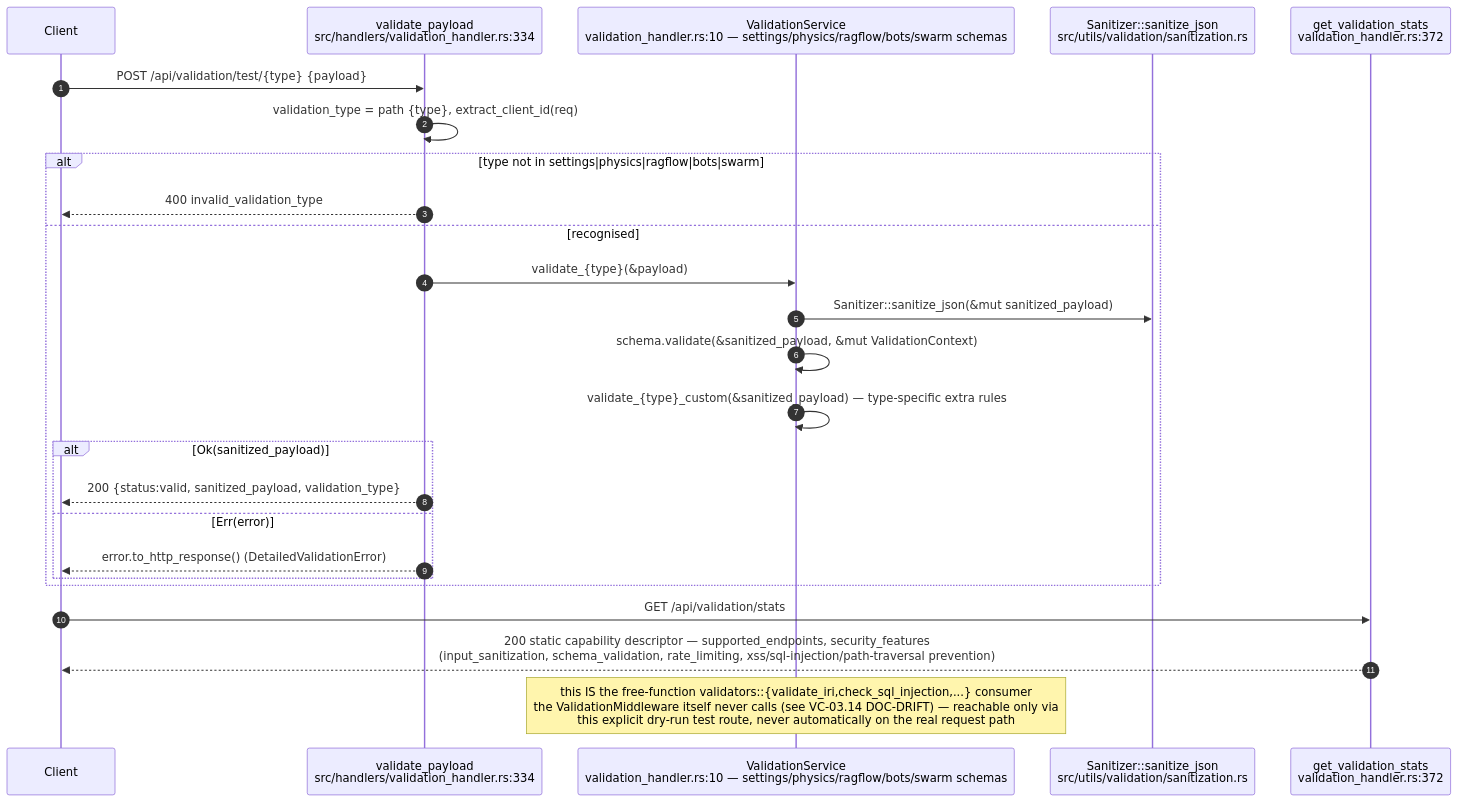
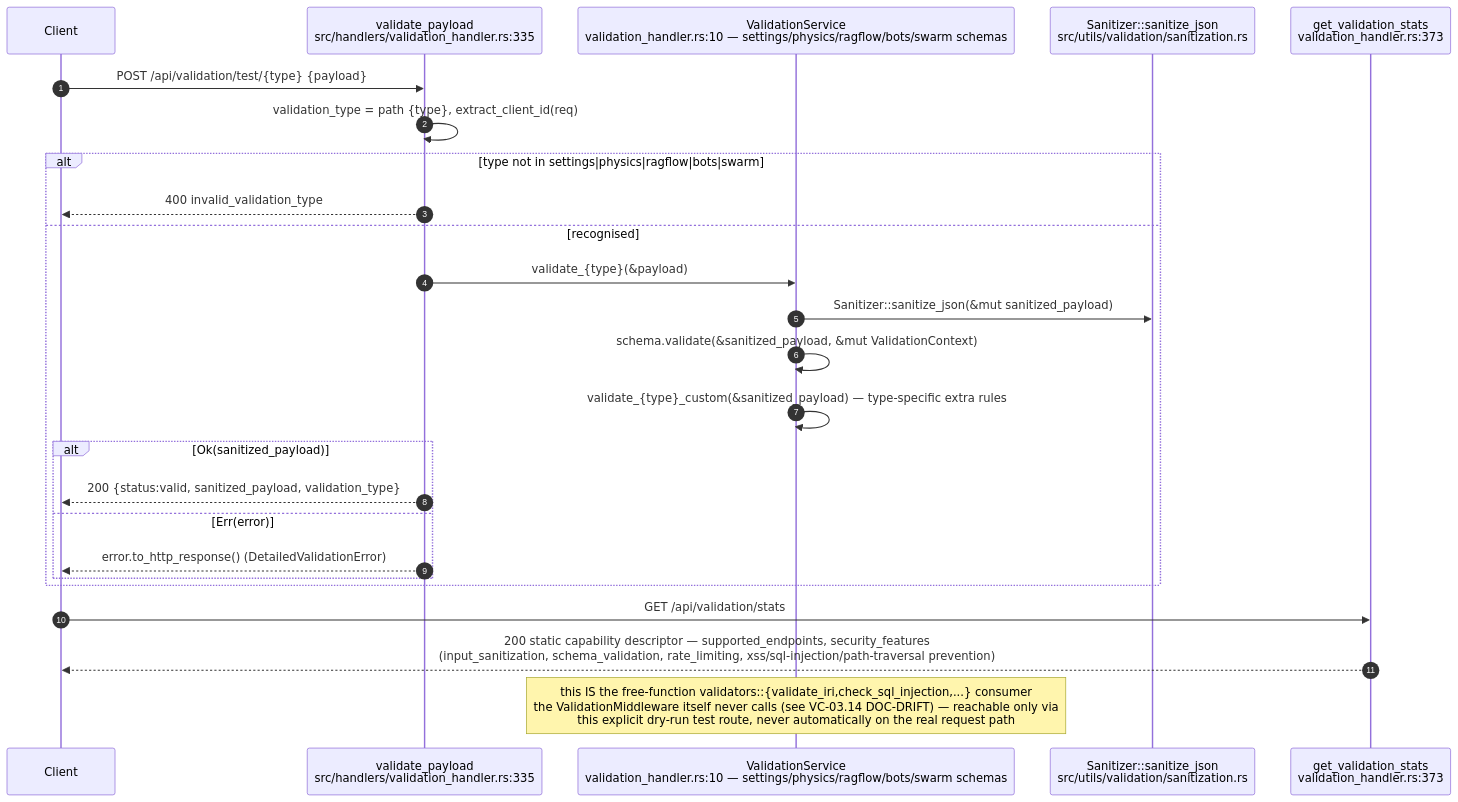
Before and after one commit to DreamLab-AI/AR-AI-Knowledge-Graph: diagram 19 of 29 in docs/diagrams/visionclaw/04-handlers-graph-and-state.md, drawn with Mermaid. The commit also changed other lines of this file and 73 other files, not shown here.

First line of the commit message:
docs(diagrams): re-verify all 71 topic files against HEAD; add --cite-check

````diff
--- a/docs/diagrams/visionclaw/04-handlers-graph-and-state.md
+++ b/docs/diagrams/visionclaw/04-handlers-graph-and-state.md
@@ -867,28 +867,28 @@
 ```mermaid
 sequenceDiagram
     autonumber
     participant C as Client
-    participant VP as validate_payload<br/>src/handlers/validation_handler.rs:334
+    participant VP as validate_payload<br/>src/handlers/validation_handler.rs:335
     participant VS as ValidationService<br/>validation_handler.rs:10 — settings/physics/ragflow/bots/swarm schemas
     participant SAN as Sanitizer::sanitize_json<br/>src/utils/validation/sanitization.rs
-    participant GS as get_validation_stats<br/>validation_handler.rs:372
+    participant GS as get_validation_stats<br/>validation_handler.rs:373
 
     C->>VP: POST /api/validation/test/{type} {payload}
     VP->>VP: validation_type = path {type}, extract_client_id(req)
     alt type not in settings|physics|ragflow|bots|swarm
         VP-->>C: 400 invalid_validation_type
     else recognised
         VP->>VS: validate_{type}(&payload)
         VS->>SAN: Sanitizer::sanitize_json(&mut sanitized_payload)
         VS->>VS: schema.validate(&sanitized_payload, &mut ValidationContext)
         VS->>VS: validate_{type}_custom(&sanitized_payload) — type-specific extra rules
         alt Ok(sanitized_payload)
             VP-->>C: 200 {status:valid, sanitized_payload, validation_type}
         else Err(error)
             VP-->>C: error.to_http_response() (DetailedValidationError)
         end
     end
     C->>GS: GET /api/validation/stats
     GS-->>C: 200 static capability descriptor — supported_endpoints, security_features<br/>(input_sanitization, schema_validation, rate_limiting, xss/sql-injection/path-traversal prevention)
     Note over VS: this IS the free-function validators::{validate_iri,check_sql_injection,...} consumer<br/>the ValidationMiddleware itself never calls (see VC-03.14 DOC-DRIFT) — reachable only via<br/>this explicit dry-run test route, never automatically on the real request path
 ```
````
